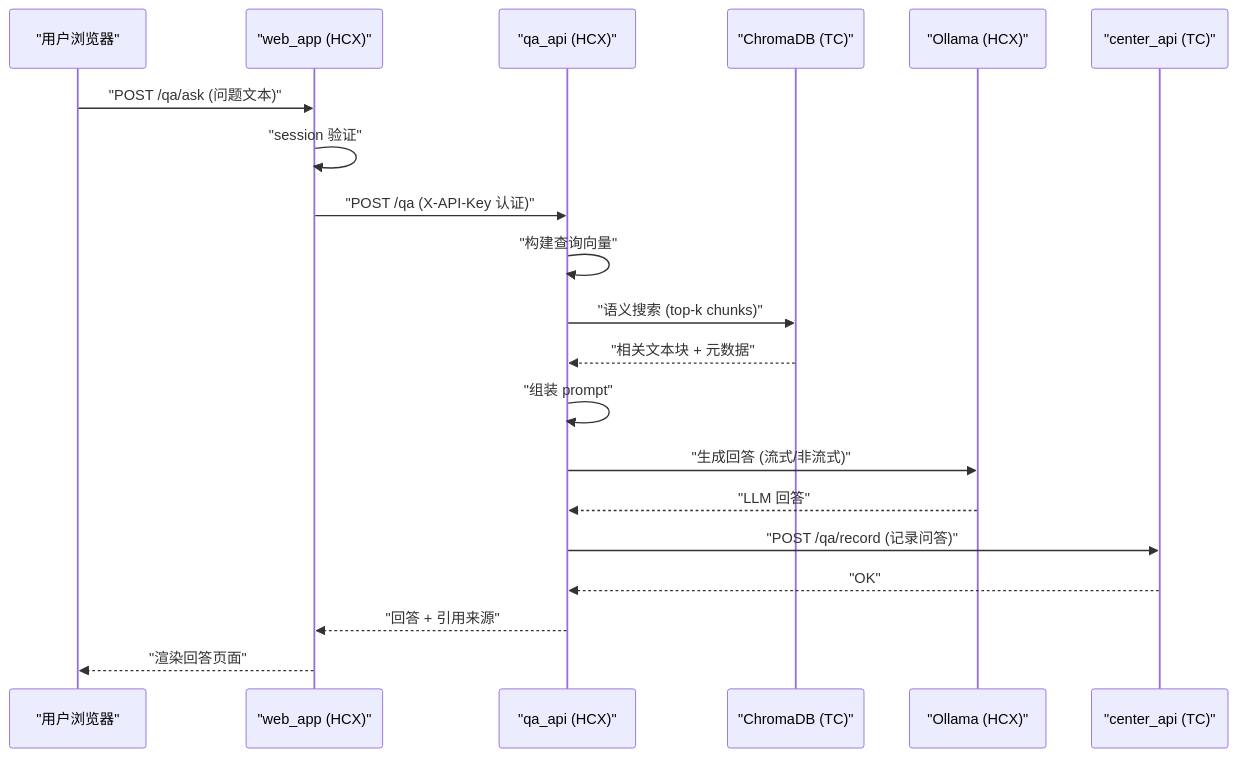
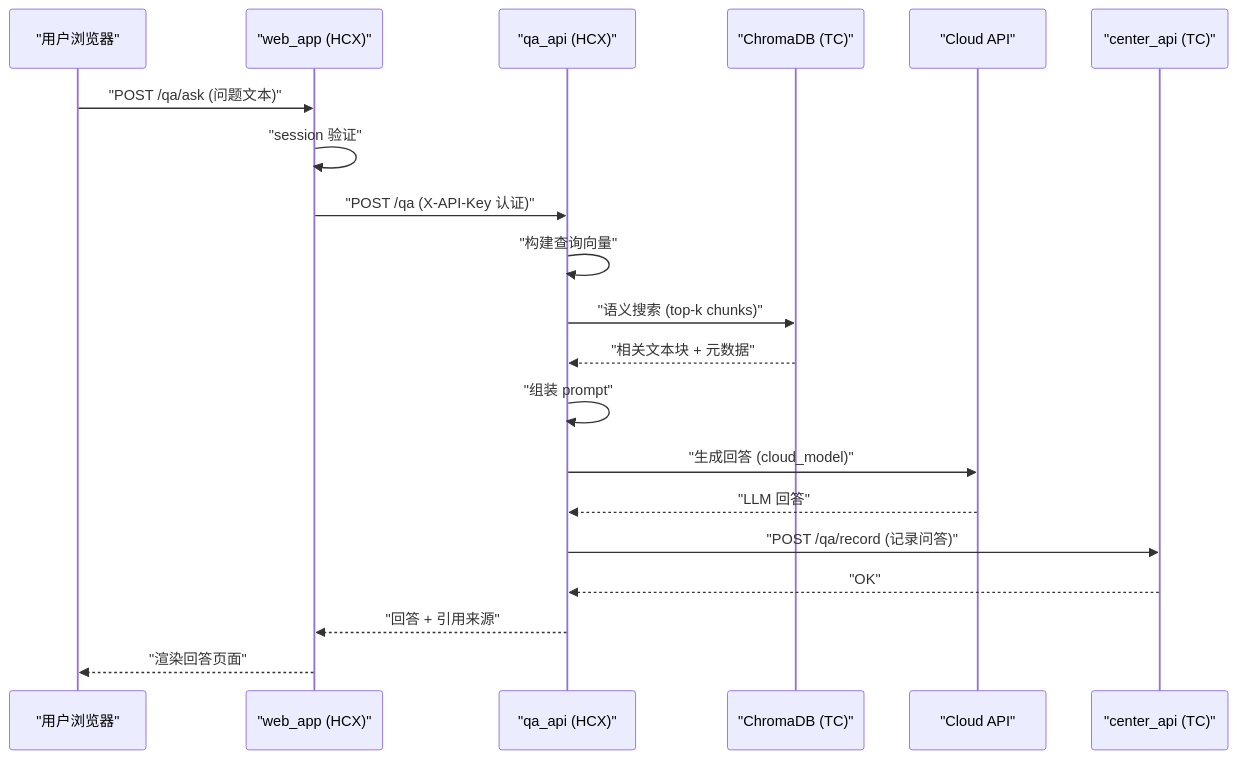
Before and after one commit to heart5/joplinai: the fifth of 10 diagrams in docs/TECHNICAL_MANUAL.md, drawn with Mermaid. The commit also changed other lines of this file and 3 other files, not shown here.

````diff
--- a/docs/TECHNICAL_MANUAL.md
+++ b/docs/TECHNICAL_MANUAL.md
@@ -253,27 +254,27 @@
 ```mermaid
 sequenceDiagram
     participant USER as "用户浏览器"
     participant WEB as "web_app (HCX)"
     participant QA as "qa_api (HCX)"
     participant VDB as "ChromaDB (TC)"
-    participant OLLAMA as "Ollama (HCX)"
+    participant CLOUD as "Cloud API"
     participant CA as "center_api (TC)"
 
     USER->>WEB: "POST /qa/ask (问题文本)"
     WEB->>WEB: "session 验证"
 
     WEB->>QA: "POST /qa (X-API-Key 认证)"
     QA->>QA: "构建查询向量"
     QA->>VDB: "语义搜索 (top-k chunks)"
     VDB-->>QA: "相关文本块 + 元数据"
 
     QA->>QA: "组装 prompt"
-    QA->>OLLAMA: "生成回答 (流式/非流式)"
-    OLLAMA-->>QA: "LLM 回答"
+    QA->>CLOUD: "生成回答 (cloud_model)"
+    CLOUD-->>QA: "LLM 回答"
 
     QA->>CA: "POST /qa/record (记录问答)"
     CA-->>QA: "OK"
 
     QA-->>WEB: "回答 + 引用来源"
     WEB-->>USER: "渲染回答页面"
 ```
````
